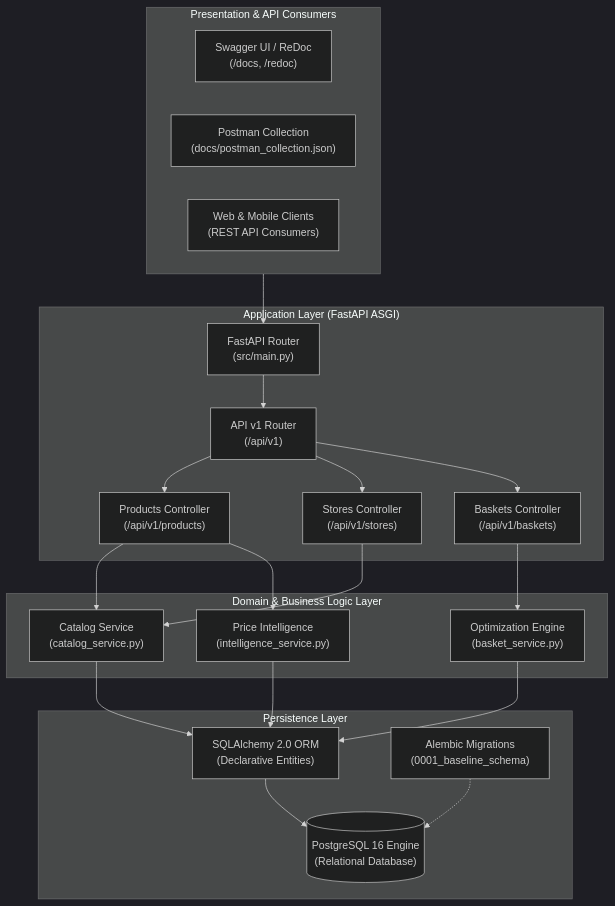
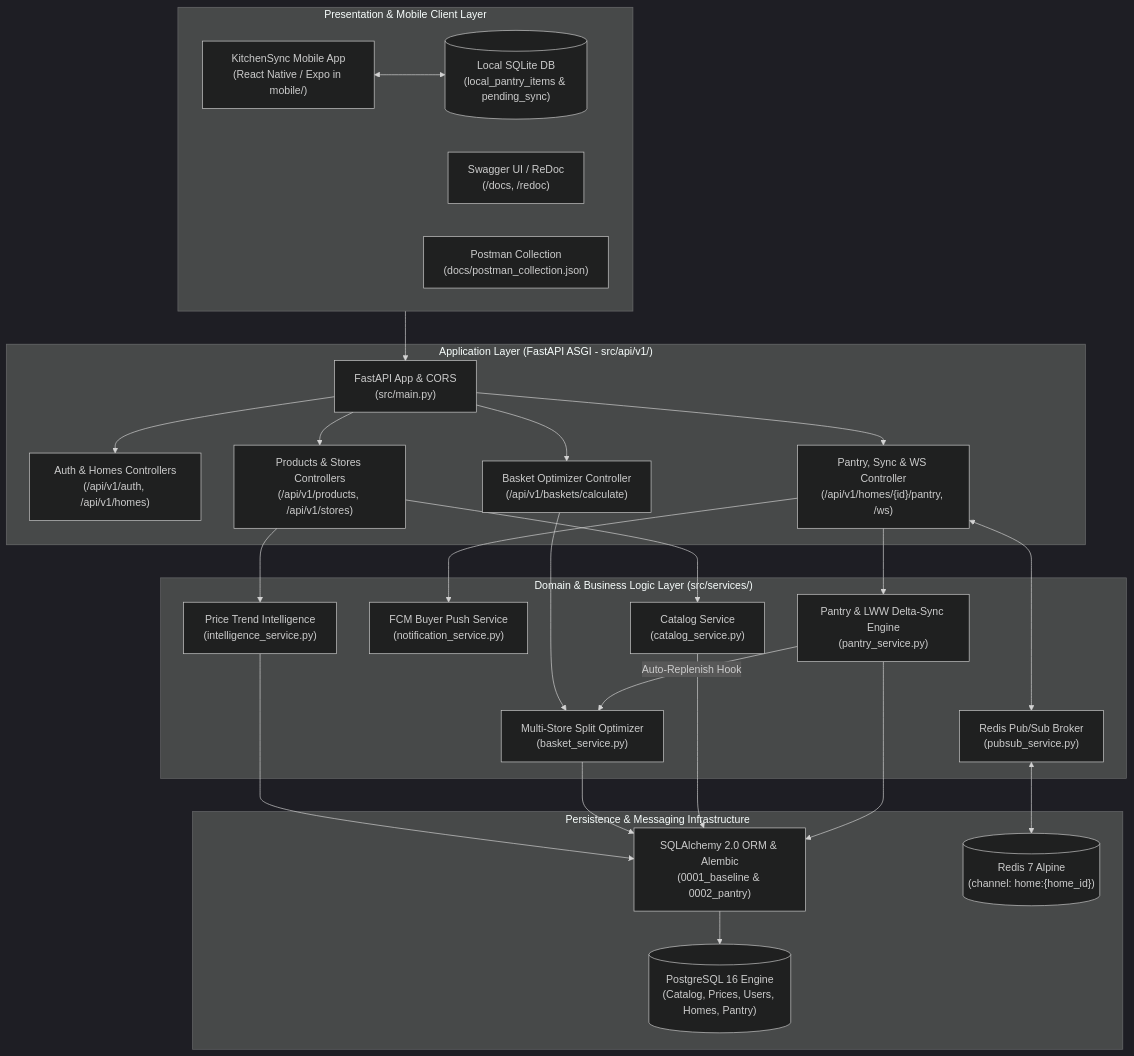
One commit to DyanCoded/Smart-Basket changed the diagram in README.md. Above: the diagram before and after it, drawn with Mermaid (dark theme). The commit also changed other lines of this file and 1 other file, not shown here.

Commit message:
docs: refactor README for unified SmartBasket and KitchenSync Phase 2 platform

````diff
--- a/README.md
+++ b/README.md
@@ -24,45 +32,54 @@
 ```mermaid
 flowchart TD
-    subgraph Presentation["Presentation & API Consumers"]
+    subgraph Presentation["Presentation & Mobile Client Layer"]
+        MobileApp["KitchenSync Mobile App<br>(React Native / Expo in mobile/)"]
+        LocalSQLite[("Local SQLite DB<br>(local_pantry_items & pending_sync)")]
         Swagger["Swagger UI / ReDoc<br>(/docs, /redoc)"]
         Postman["Postman Collection<br>(docs/postman_collection.json)"]
-        Clients["Web & Mobile Clients<br>(REST API Consumers)"]
+        MobileApp <--> LocalSQLite
     end
 
-    subgraph AppLayer["Application Layer (FastAPI ASGI)"]
-        RouterMain["FastAPI Router<br>(src/main.py)"]
-        V1Router["API v1 Router<br>(/api/v1)"]
-        ProdRouter["Products Controller<br>(/api/v1/products)"]
-        StoreRouter["Stores Controller<br>(/api/v1/stores)"]
-        BasketRouter["Baskets Controller<br>(/api/v1/baskets)"]
+    subgraph AppLayer["Application Layer (FastAPI ASGI - src/api/v1/)"]
+        RouterMain["FastAPI App & CORS<br>(src/main.py)"]
+        AuthRouter["Auth & Homes Controllers<br>(/api/v1/auth, /api/v1/homes)"]
+        PantryRouter["Pantry, Sync & WS Controller<br>(/api/v1/homes/{id}/pantry, /ws)"]
+        ProdRouter["Products & Stores Controllers<br>(/api/v1/products, /api/v1/stores)"]
+        BasketRouter["Basket Optimizer Controller<br>(/api/v1/baskets/calculate)"]
     end
 
-    subgraph ServiceLayer["Domain & Business Logic Layer"]
+    subgraph ServiceLayer["Domain & Business Logic Layer (src/services/)"]
+        PantrySvc["Pantry & LWW Delta-Sync Engine<br>(pantry_service.py)"]
+        PubSubSvc["Redis Pub/Sub Broker<br>(pubsub_service.py)"]
+        NotifySvc["FCM Buyer Push Service<br>(notification_service.py)"]
         CatalogSvc["Catalog Service<br>(catalog_service.py)"]
-        BasketSvc["Optimization Engine<br>(basket_service.py)"]
-        IntelSvc["Price Intelligence<br>(intelligence_service.py)"]
+        BasketSvc["Multi-Store Split Optimizer<br>(basket_service.py)"]
+        IntelSvc["Price Trend Intelligence<br>(intelligence_service.py)"]
     end
 
-    subgraph DataLayer["Persistence Layer"]
-        ORM["SQLAlchemy 2.0 ORM<br>(Declarative Entities)"]
-        Alembic["Alembic Migrations<br>(0001_baseline_schema)"]
-        DB[("PostgreSQL 16 Engine<br>(Relational Database)")]
+    subgraph DataLayer["Persistence & Messaging Infrastructure"]
+        ORM["SQLAlchemy 2.0 ORM & Alembic<br>(0001_baseline & 0002_pantry)"]
+        DB[("PostgreSQL 16 Engine<br>(Catalog, Prices, Users, Homes, Pantry)")]
+        Redis[("Redis 7 Alpine<br>(channel: home:{home_id})")]
     end
 
     Presentation --> RouterMain
-    RouterMain --> V1Router
-    V1Router --> ProdRouter
-    V1Router --> StoreRouter
-    V1Router --> BasketRouter
+    RouterMain --> AuthRouter
+    RouterMain --> PantryRouter
+    RouterMain --> ProdRouter
+    RouterMain --> BasketRouter
 
+    PantryRouter --> PantrySvc
+    PantryRouter <--> PubSubSvc
+    PantryRouter --> NotifySvc
+    PantrySvc -->|Auto-Replenish Hook| BasketSvc
     ProdRouter --> CatalogSvc
     ProdRouter --> IntelSvc
-    StoreRouter --> CatalogSvc
     BasketRouter --> BasketSvc
 
+    PantrySvc --> ORM
     CatalogSvc --> ORM
     BasketSvc --> ORM
     IntelSvc --> ORM
     ORM --> DB
-    Alembic -.-> DB
+    PubSubSvc <--> Redis
 ```
````
